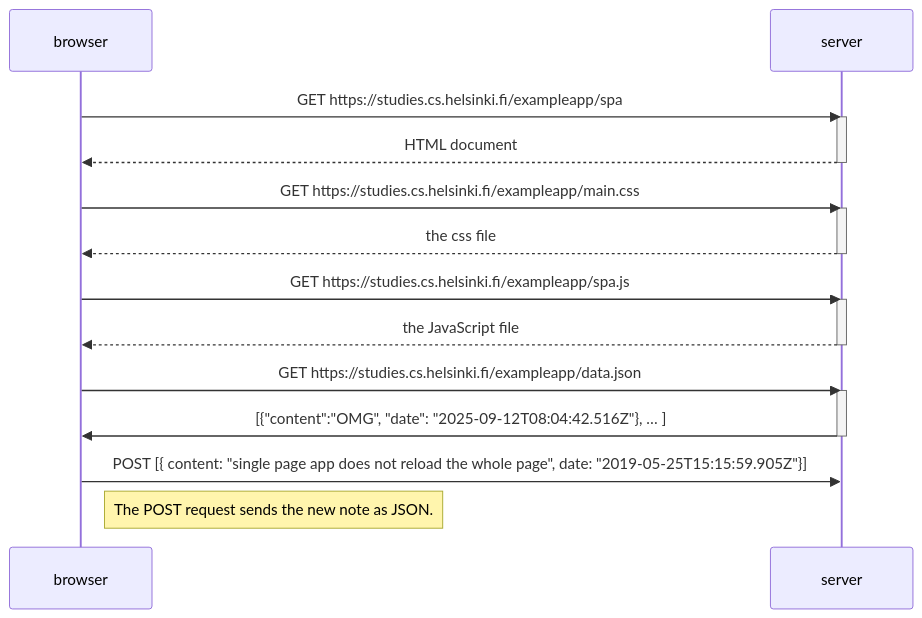
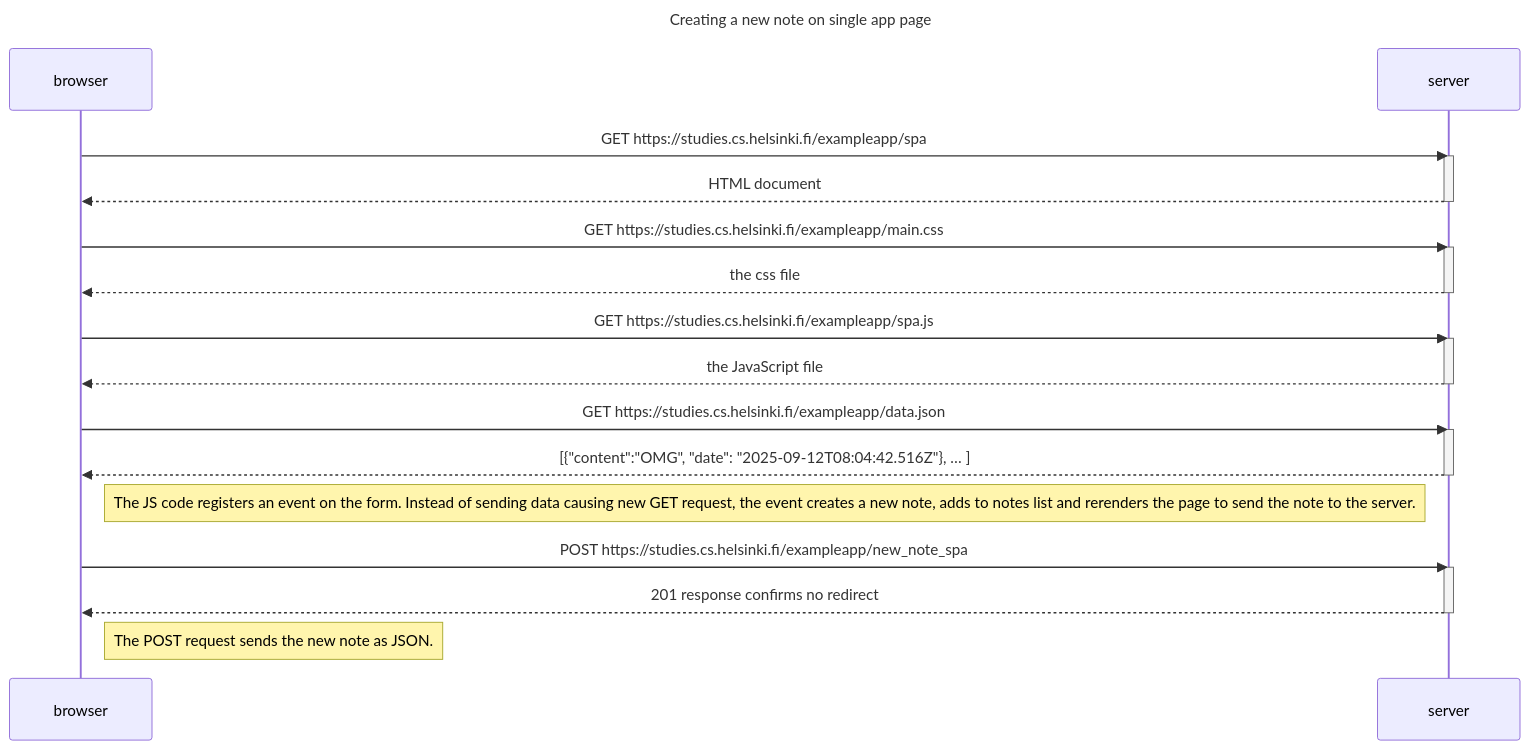
Before and after one commit to Katyh-one/full-stack-open-course: the diagram in part0/exercise06.md, drawn with Mermaid. The commit also changed 2 other files, not shown here.

Commit message:
Updated all exercises

````diff
--- a/part0/exercise06.md
+++ b/part0/exercise06.md
@@ -1,30 +1,37 @@
 ```mermaid
+---
+title: Creating a new note on single app page
+---
 sequenceDiagram
     participant browser
     participant server
 
     browser->>server:  GET https://studies.cs.helsinki.fi/exampleapp/spa
     activate server
     server-->>browser: HTML document
     deactivate server
 
     browser->>server: GET https://studies.cs.helsinki.fi/exampleapp/main.css
     activate server
     server-->>browser: the css file
     deactivate server
 
     browser->>server: GET https://studies.cs.helsinki.fi/exampleapp/spa.js
     activate server
     server-->>browser: the JavaScript file
     deactivate server
 
     browser->>server: GET https://studies.cs.helsinki.fi/exampleapp/data.json
     activate server
-    server->> browser: [{"content":"OMG", "date": "2025-09-12T08:04:42.516Z"}, … ]
+    server-->> browser: [{"content":"OMG", "date": "2025-09-12T08:04:42.516Z"}, … ]
     Deactivate server
 
-    browser->>server: POST [{ content: "single page app does not reload the whole page", date: "2019-05-25T15:15:59.905Z"}]
+    Note right of browser: The JS code registers an event on the form. Instead of sending data causing new GET request, the event creates a new note, adds to notes list and rerenders the page to send the note to the server. 
+
+    browser->>server: POST https://studies.cs.helsinki.fi/exampleapp/new_note_spa
     activate server
+    server-->> browser: 201 response confirms no redirect
+    Deactivate server
 
     Note right of browser: The POST request sends the new note as JSON. 
 ```
````
